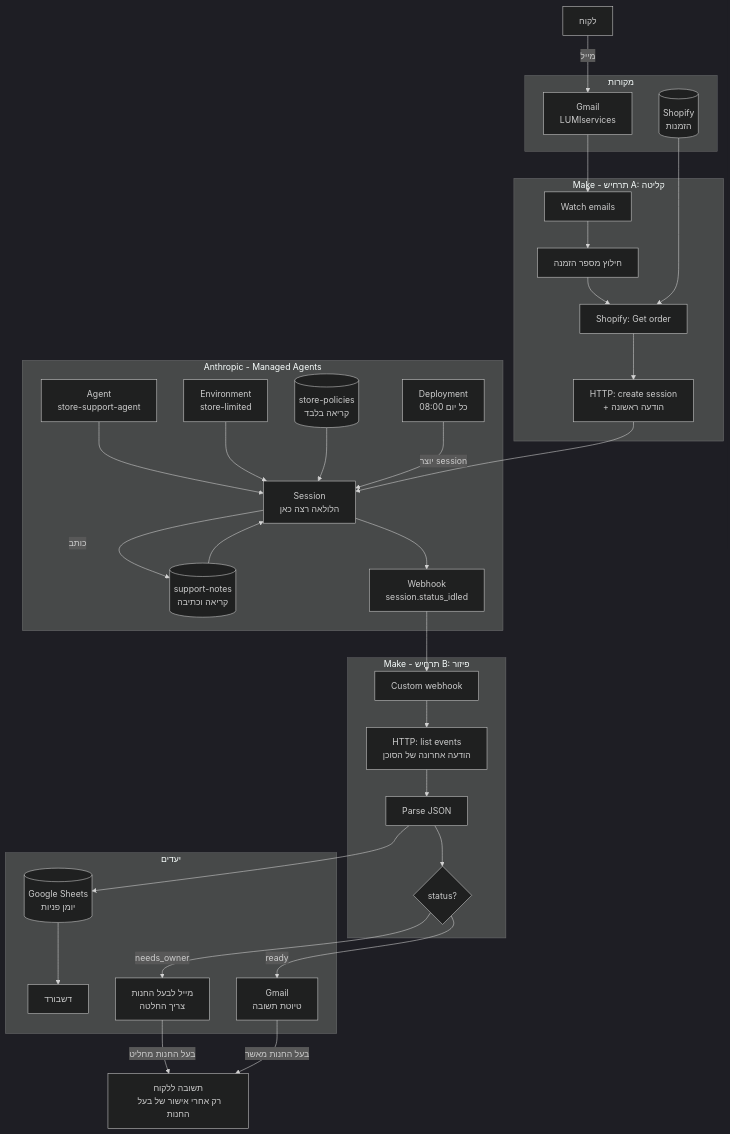
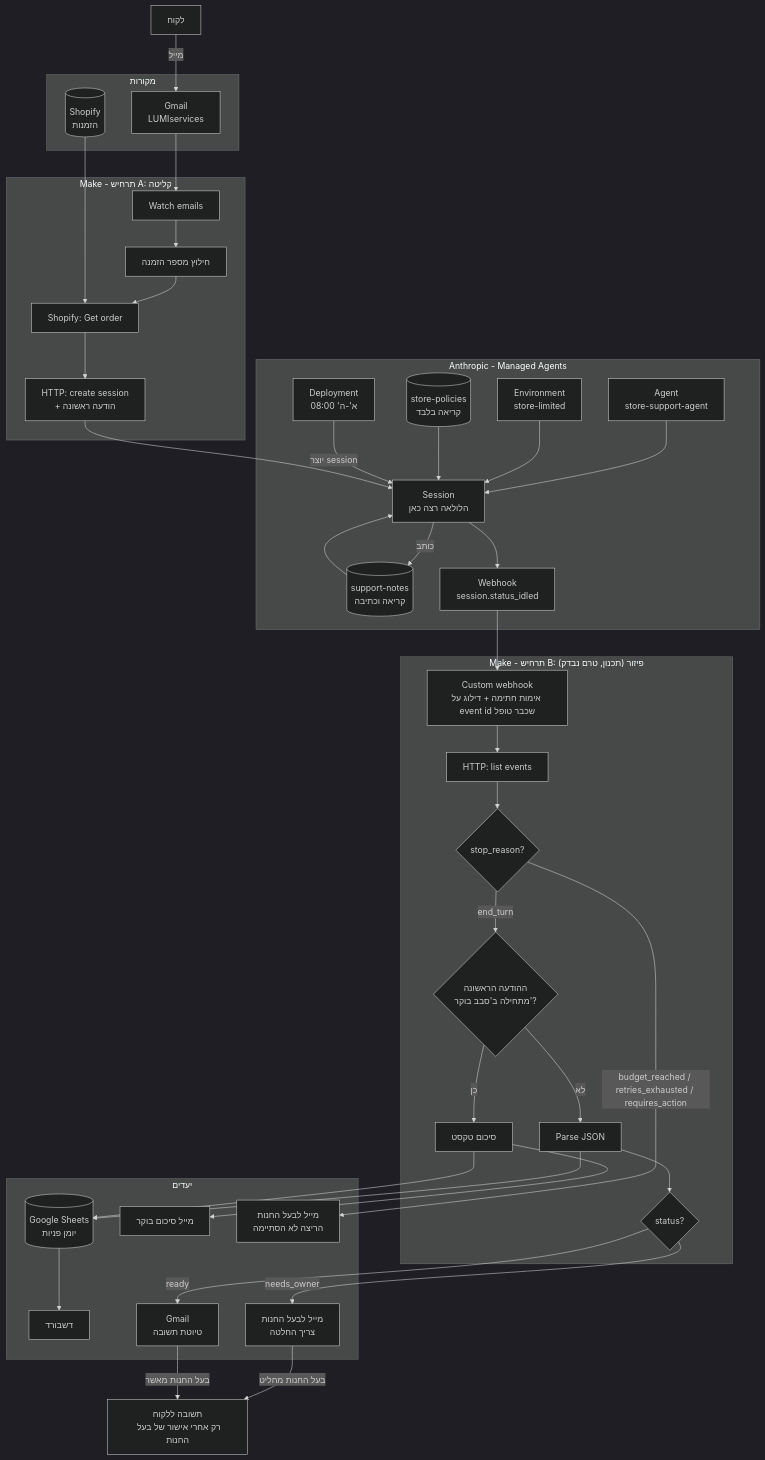
Before and after one commit to taliasnir-prog/store-support-agent: the first of 2 diagrams in Architecture.md, drawn with Mermaid (dark theme). The commit also changed other lines of this file and 3 other files, not shown here.

````diff
--- a/Architecture.md
+++ b/Architecture.md
@@ -28,55 +28,63 @@
 ```mermaid
 flowchart TB
     C["לקוח"] -->|מייל| GM
     subgraph SG_IN["מקורות"]
         GM["Gmail<br/>LUMIservices"]
         SH[("Shopify<br/>הזמנות")]
     end
 
     subgraph SG_MA["Make - תרחיש A: קליטה"]
         A1["Watch emails"] --> A2["חילוץ מספר הזמנה"]
         A2 --> A3["Shopify: Get order"]
         A3 --> A4["HTTP: create session<br/>+ הודעה ראשונה"]
     end
 
     subgraph SG_ANT["Anthropic - Managed Agents"]
         AG["Agent<br/>store-support-agent"]
         ENV["Environment<br/>store-limited"]
         M1[("store-policies<br/>קריאה בלבד")]
         M2[("support-notes<br/>קריאה וכתיבה")]
         S["Session<br/>הלולאה רצה כאן"]
-        DEP["Deployment<br/>כל יום 08:00"]
+        DEP["Deployment<br/>א'-ה' 08:00"]
         WH["Webhook<br/>session.status_idled"]
         AG --> S
         ENV --> S
         M1 --> S
         M2 --> S
         S -->|כותב| M2
         DEP -->|יוצר session| S
         S --> WH
     end
 
-    subgraph SG_MB["Make - תרחיש B: פיזור"]
-        B1["Custom webhook"] --> B2["HTTP: list events<br/>הודעה אחרונה של הסוכן"]
-        B2 --> B3["Parse JSON"]
+    subgraph SG_MB["Make - תרחיש B: פיזור (תכנון, טרם נבדק)"]
+        B1["Custom webhook<br/>אימות חתימה + דילוג על event id שכבר טופל"] --> B2["HTTP: list events"]
+        B2 --> B5{"stop_reason?"}
+        B5 -->|end_turn| B6{"ההודעה הראשונה<br/>מתחילה ב'סבב בוקר'?"}
+        B6 -->|לא| B3["Parse JSON"]
+        B6 -->|כן| BM["סיכום טקסט"]
         B3 --> B4{"status?"}
     end
 
     subgraph SG_OUT["יעדים"]
         LOG[("Google Sheets<br/>יומן פניות")]
         DASH["דשבורד"]
         DR["Gmail<br/>טיוטת תשובה"]
         OWNER["מייל לבעל החנות<br/>צריך החלטה"]
+        SUM["מייל סיכום בוקר"]
+        ERR["מייל לבעל החנות<br/>הריצה לא הסתיימה"]
     end
 
     GM --> A1
     SH --> A3
     A4 --> S
     WH --> B1
     B4 -->|ready| DR
     B4 -->|needs_owner| OWNER
     B3 --> LOG
+    B5 -->|budget_reached / retries_exhausted / requires_action| ERR
+    BM --> SUM
+    BM --> LOG
     LOG --> DASH
     OWNER -->|בעל החנות מחליט| REPLY["תשובה ללקוח<br/>רק אחרי אישור של בעל החנות"]
     DR -->|בעל החנות מאשר| REPLY
 ```
````
